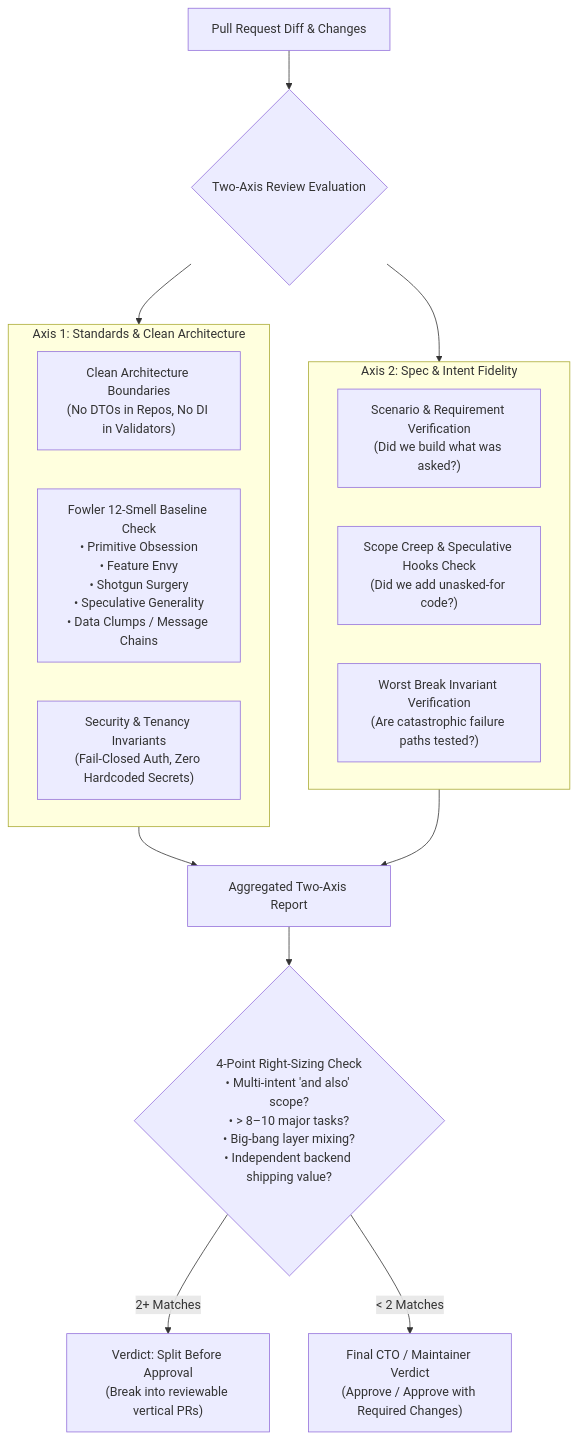
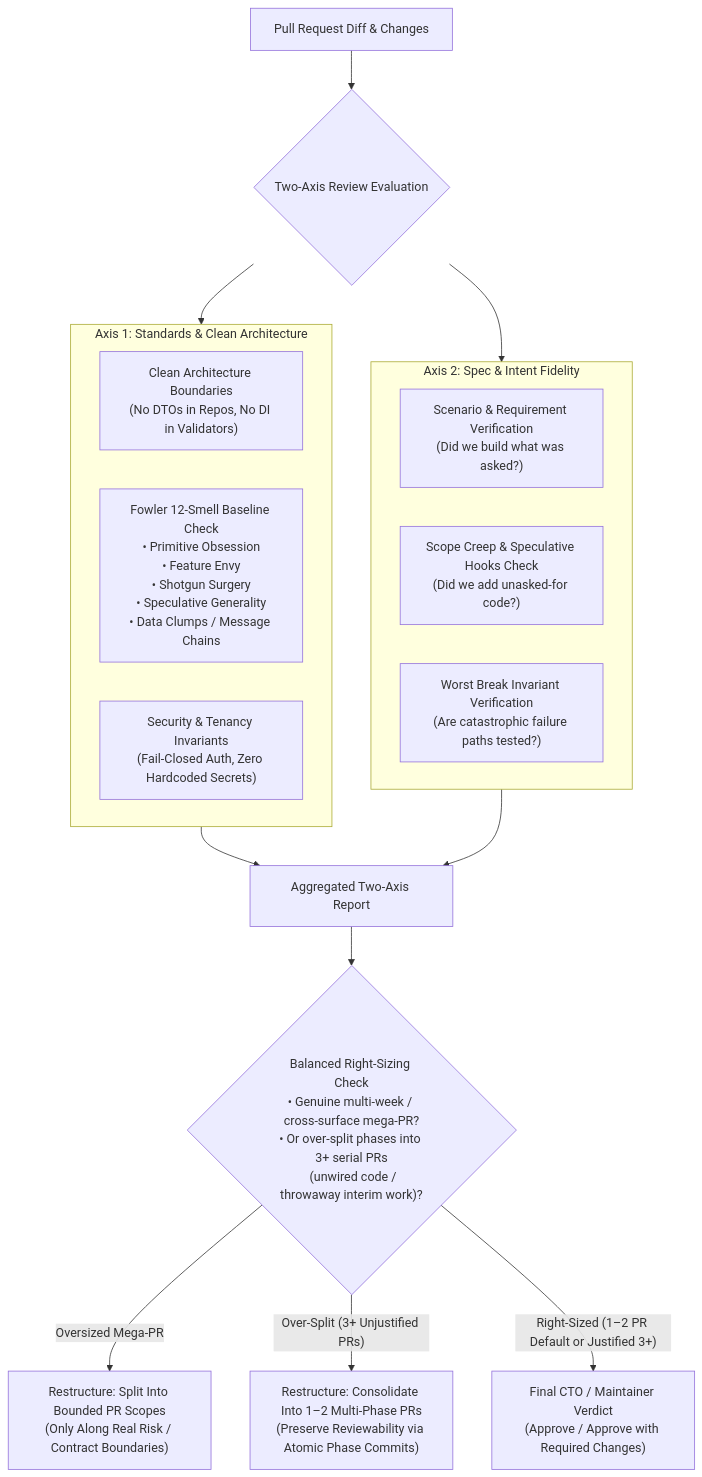
Diagram 12 of 12 in docs/internal/AGENTIC_CONTEXT_ENGINEERING.md (islamu-ngo/Event), drawn with Mermaid before and after one commit. The commit also changed other lines of this file and 14 other files, not shown here.

First line of the commit message:
docs(documentation): default plans to one or two multi-phase PRs

````diff
--- a/docs/internal/AGENTIC_CONTEXT_ENGINEERING.md
+++ b/docs/internal/AGENTIC_CONTEXT_ENGINEERING.md
@@ -758,27 +758,28 @@
 ```mermaid
 flowchart TD
     PRDiff["Pull Request Diff & Changes"] --> SplitReview{"Two-Axis Review Evaluation"}
     
     subgraph Axis1["Axis 1: Standards & Clean Architecture"]
         ArchCheck["Clean Architecture Boundaries\n(No DTOs in Repos, No DI in Validators)"]
         FowlerSmells["Fowler 12-Smell Baseline Check\n• Primitive Obsession\n• Feature Envy\n• Shotgun Surgery\n• Speculative Generality\n• Data Clumps / Message Chains"]
         SecCheck["Security & Tenancy Invariants\n(Fail-Closed Auth, Zero Hardcoded Secrets)"]
     end
     
     subgraph Axis2["Axis 2: Spec & Intent Fidelity"]
         ScenarioCheck["Scenario & Requirement Verification\n(Did we build what was asked?)"]
         ScopeCheck["Scope Creep & Speculative Hooks Check\n(Did we add unasked-for code?)"]
         WorstBreakCheck["Worst Break Invariant Verification\n(Are catastrophic failure paths tested?)"]
     end
     
     SplitReview --> Axis1
     SplitReview --> Axis2
     
     Axis1 --> AggregateReport["Aggregated Two-Axis Report"]
     Axis2 --> AggregateReport
     
-    AggregateReport --> RightSizing{"4-Point Right-Sizing Check\n• Multi-intent 'and also' scope?\n• > 8–10 major tasks?\n• Big-bang layer mixing?\n• Independent backend shipping value?"}
+    AggregateReport --> RightSizing{"Balanced Right-Sizing Check\n• Genuine multi-week / cross-surface mega-PR?\n• Or over-split phases into 3+ serial PRs\n  (unwired code / throwaway interim work)?"}
     
-    RightSizing -->|2+ Matches| SplitPR["Verdict: Split Before Approval\n(Break into reviewable vertical PRs)"]
-    RightSizing -->|< 2 Matches| FinalVerdict["Final CTO / Maintainer Verdict\n(Approve / Approve with Required Changes)"]
+    RightSizing -->|"Oversized Mega-PR"| SplitPR["Restructure: Split Into Bounded PR Scopes\n(Only Along Real Risk / Contract Boundaries)"]
+    RightSizing -->|"Over-Split (3+ Unjustified PRs)"| ConsolidatePR["Restructure: Consolidate Into 1–2 Multi-Phase PRs\n(Preserve Reviewability via Atomic Phase Commits)"]
+    RightSizing -->|"Right-Sized (1–2 PR Default or Justified 3+)"| FinalVerdict["Final CTO / Maintainer Verdict\n(Approve / Approve with Required Changes)"]
 ```
````
